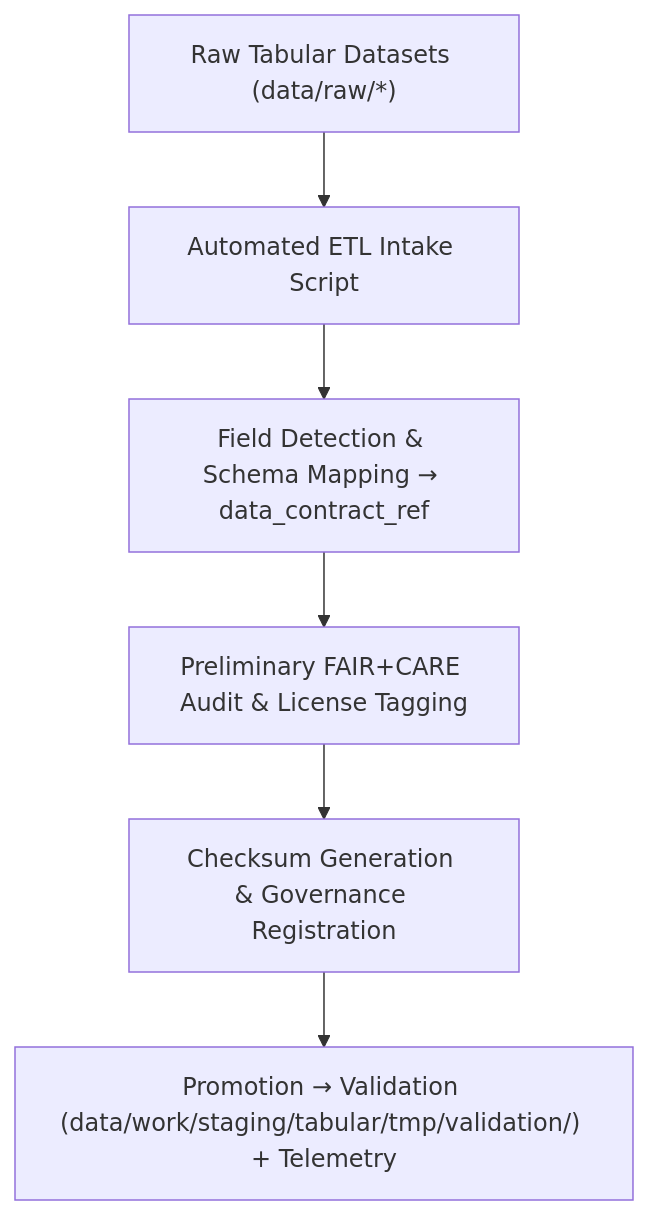
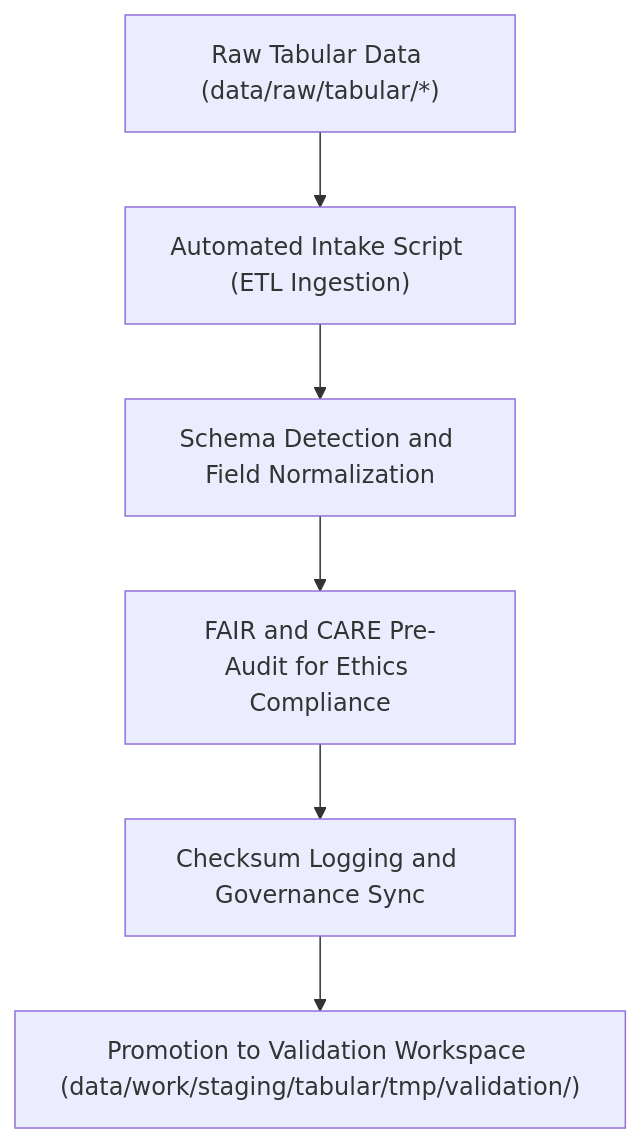
One commit to bartytime4life/Kansas-Frontier-Matrix changed the diagram in data/work/staging/tabular/tmp/intake/README.md. Above: the diagram before and after it, drawn with Mermaid. The commit also changed other lines of this file, not shown here.

````diff
--- a/data/work/staging/tabular/tmp/intake/README.md
+++ b/data/work/staging/tabular/tmp/intake/README.md
@@ -67,8 +62,8 @@
 ```mermaid
 flowchart TD
-    A["Raw Tabular Datasets (data/raw/*)"] --> B["Automated ETL Intake Script"]
-    B --> C["Field Detection & Schema Mapping → data_contract_ref"]
-    C --> D["Preliminary FAIR+CARE Audit & License Tagging"]
-    D --> E["Checksum Generation & Governance Registration"]
-    E --> F["Promotion → Validation (data/work/staging/tabular/tmp/validation/) + Telemetry"]
+    A["Raw Tabular Data (data/raw/tabular/*)"] --> B["Automated Intake Script (ETL Ingestion)"]
+    B --> C["Schema Detection and Field Normalization"]
+    C --> D["FAIR and CARE Pre-Audit for Ethics Compliance"]
+    D --> E["Checksum Logging and Governance Sync"]
+    E --> F["Promotion to Validation Workspace (data/work/staging/tabular/tmp/validation/)"]
 ```
````
